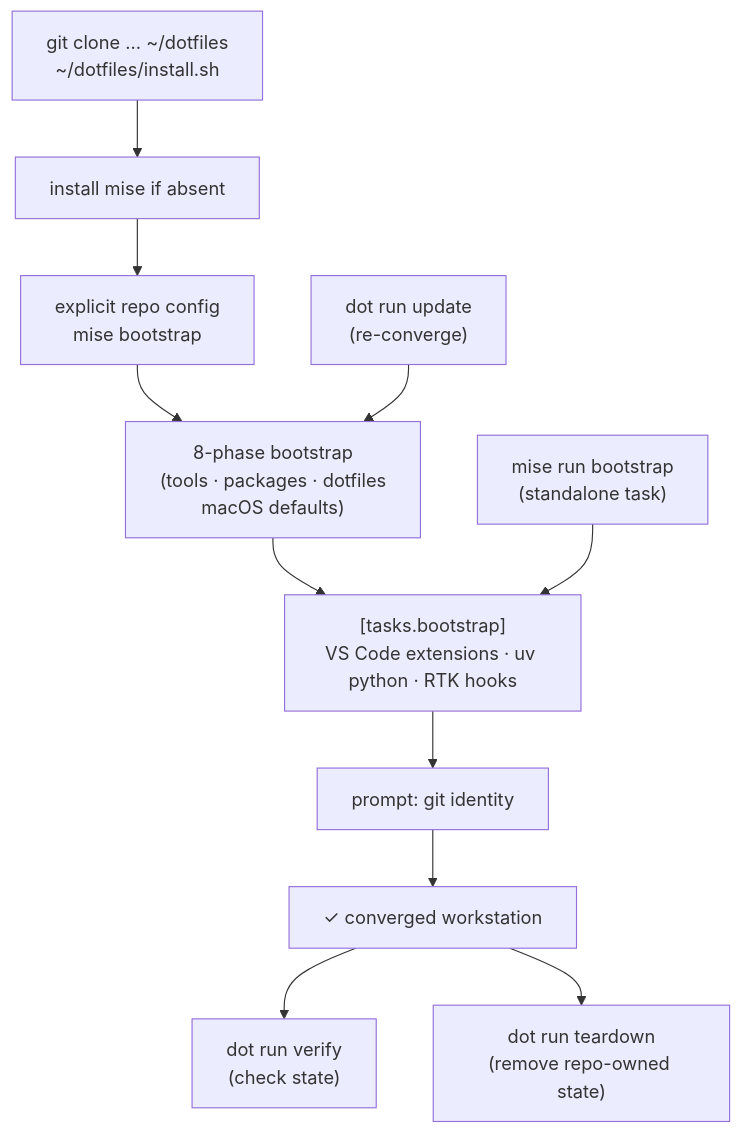
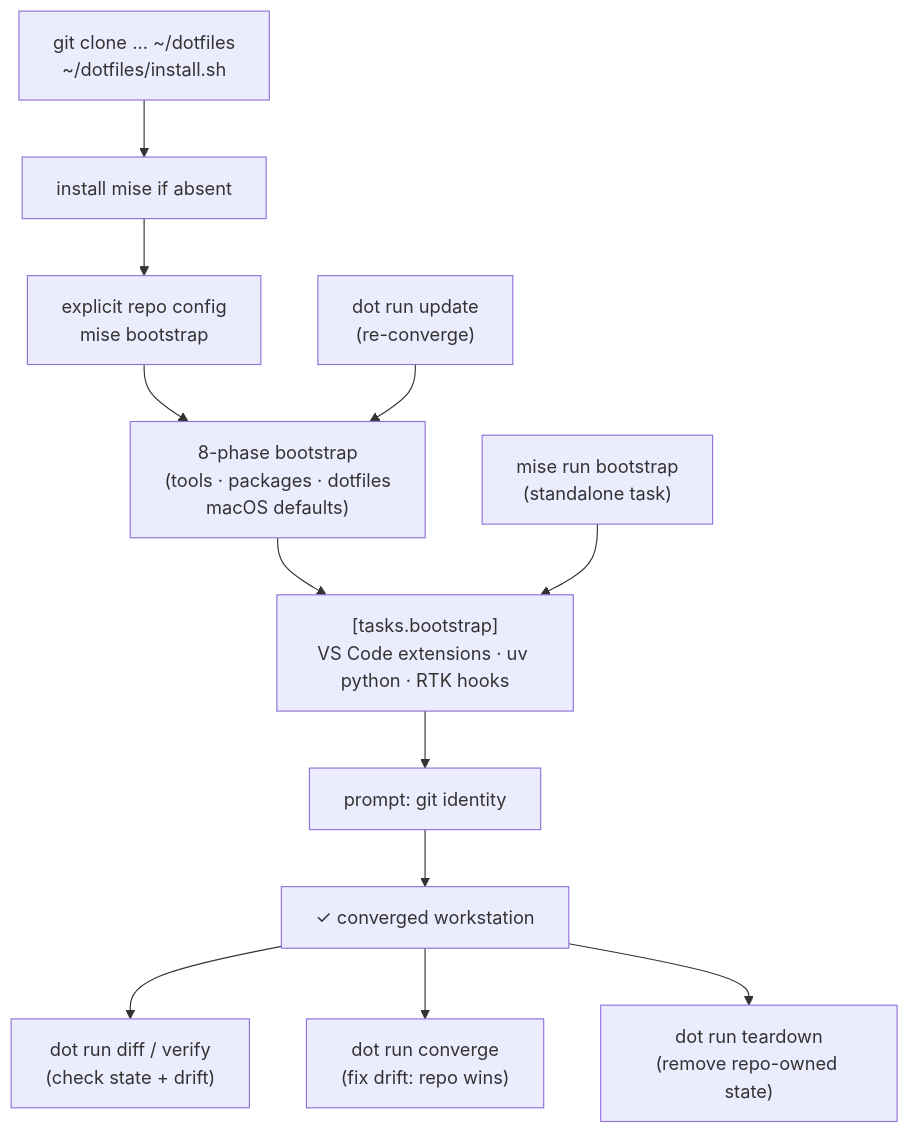
One commit to bln/dotfiles changed the first of 3 diagrams in docs/ARCHITECTURE.md. Above: the diagram before and after it, drawn with Mermaid. The commit also changed other lines of this file and 3 other files, not shown here.

First line of the commit message:
feat(mise): add unified diff/converge drift tasks

````diff
--- a/docs/ARCHITECTURE.md
+++ b/docs/ARCHITECTURE.md
@@ -36,15 +36,16 @@
 ```mermaid
 flowchart TD
     A["git clone ... ~/dotfiles\n~/dotfiles/install.sh"] --> B[install mise if absent]
     B --> C["explicit repo config\nmise bootstrap"]
     C --> D["8-phase bootstrap\n(tools · packages · dotfiles\nmacOS defaults)"]
     D --> E["[tasks.bootstrap]\nVS Code extensions · uv python · RTK hooks"]
     E --> F[prompt: git identity]
     F --> G["✓ converged workstation"]
 
     H["dot run update\n(re-converge)"] --> D
     I["mise run bootstrap\n(standalone task)"] --> E
 
-    G --> J["dot run verify\n(check state)"]
+    G --> J["dot run diff / verify\n(check state + drift)"]
+    G --> L["dot run converge\n(fix drift: repo wins)"]
     G --> K["dot run teardown\n(remove repo-owned state)"]
 ```
````
